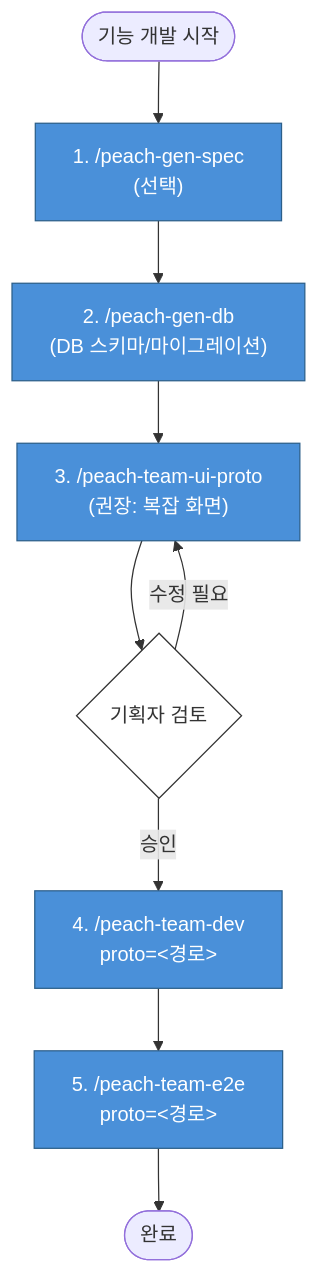
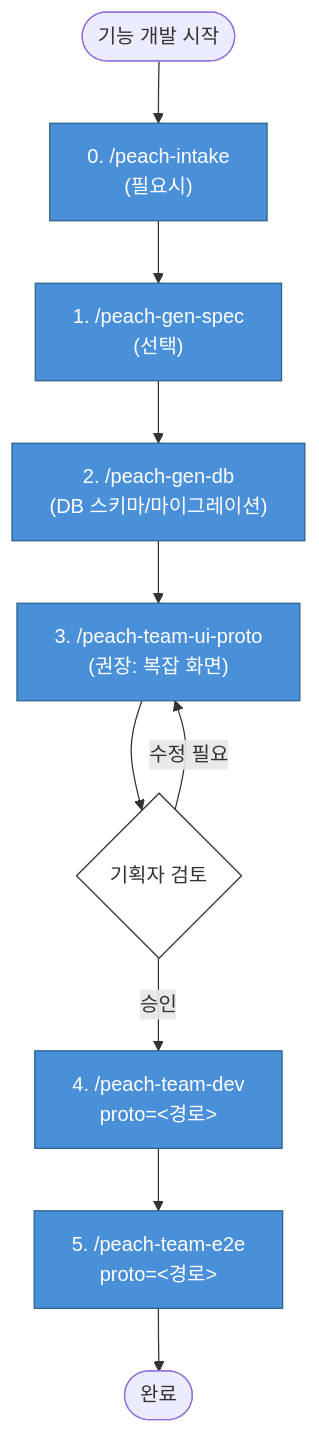
The first of 2 diagrams in docs/03-워크플로우.md (peachSolution/peach-harness), drawn with Mermaid before and after one commit. The commit also changed other lines of this file and 19 other files, not shown here.

Commit message:
스킬 워크플로우 호환성 개선

````diff
--- a/docs/03-워크플로우.md
+++ b/docs/03-워크플로우.md
@@ -29,18 +49,19 @@
 ```mermaid
 flowchart TD
-    Start([기능 개발 시작]) --> Spec["1. /peach-gen-spec<br/>(선택)"]
+    Start([기능 개발 시작]) --> Intake["0. /peach-intake<br/>(필요시)"]
+    Intake --> Spec["1. /peach-gen-spec<br/>(선택)"]
     Spec --> DB["2. /peach-gen-db<br/>(DB 스키마/마이그레이션)"]
     DB --> Proto["3. /peach-team-ui-proto<br/>(권장: 복잡 화면)"]
     Proto --> Review{"기획자 검토"}
     Review -->|수정 필요| Proto
     Review -->|승인| Dev["4. /peach-team-dev<br/>proto=&lt;경로&gt;"]
     Dev --> E2E["5. /peach-team-e2e<br/>proto=&lt;경로&gt;"]
     E2E --> End([완료])
 
     classDef tier1 fill:#4A90D9,stroke:#2C5F8A,color:#fff
     classDef gate fill:#E8913A,stroke:#B5702D,color:#fff
     classDef decision fill:#fff,stroke:#333,color:#333
 
-    class Spec,DB,Proto,Dev,E2E tier1
+    class Intake,Spec,DB,Proto,Dev,E2E tier1
     class Review decision
 ```
````
